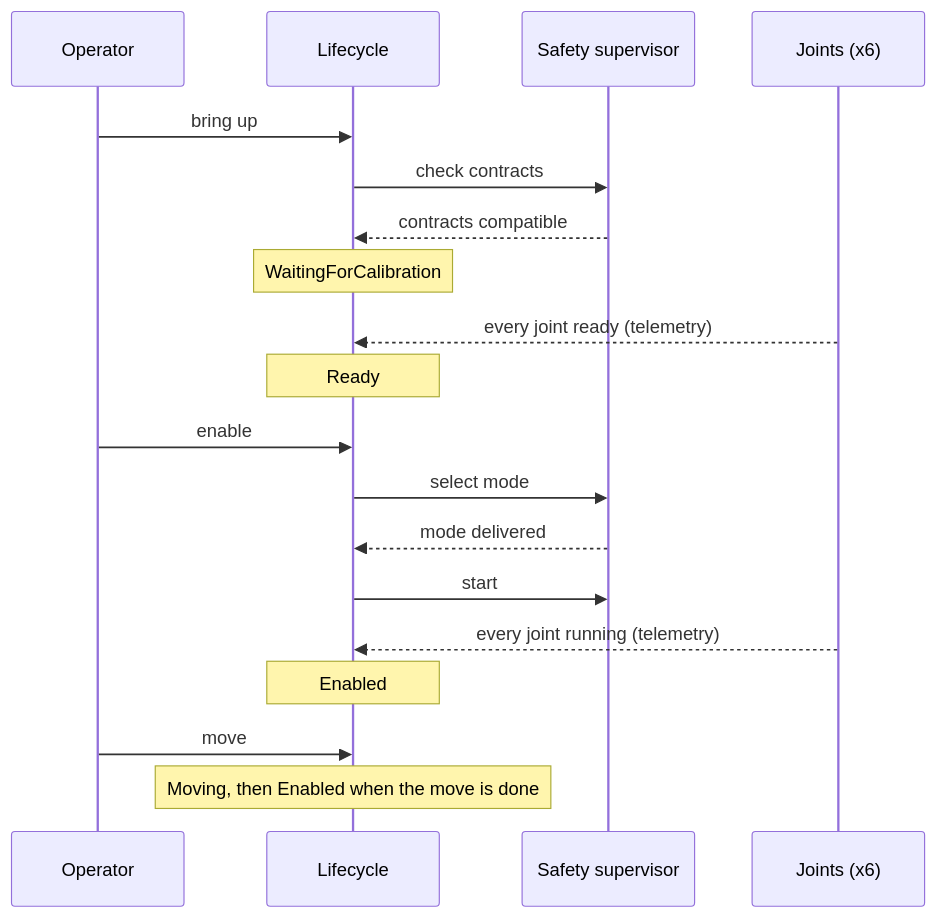
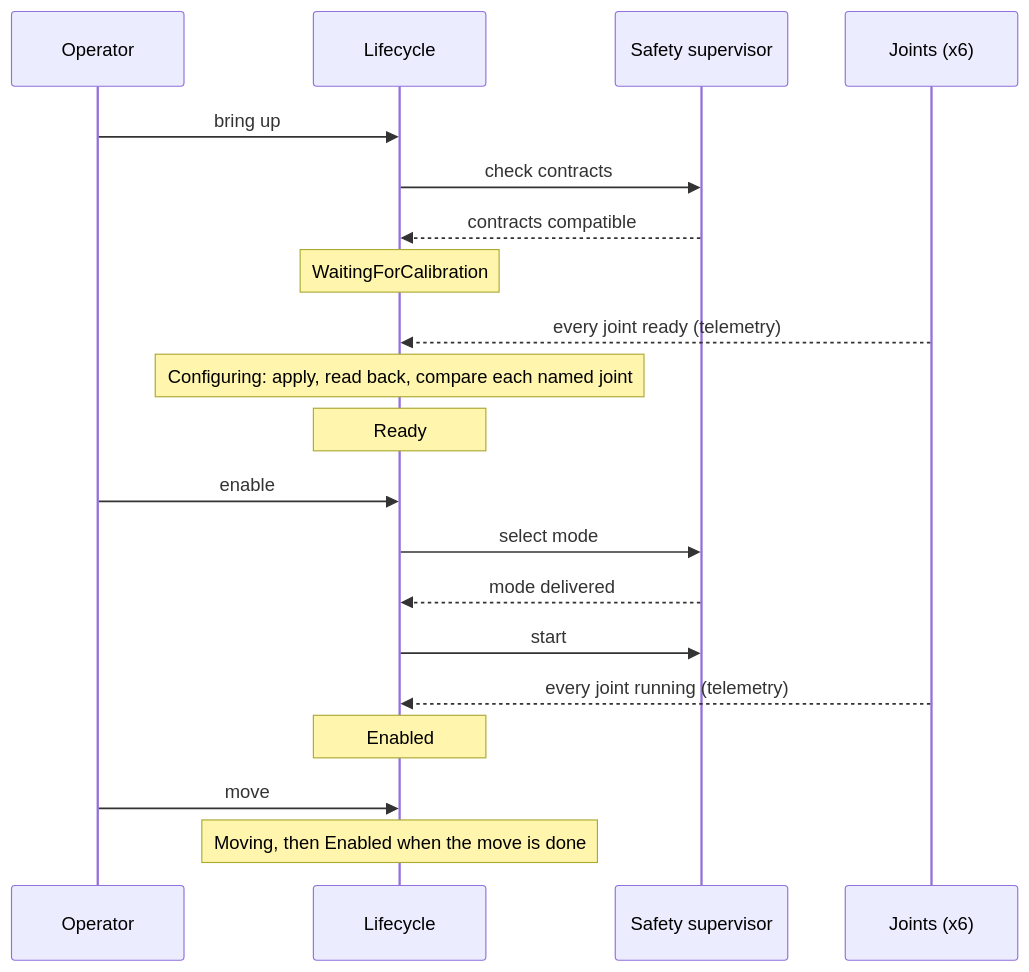
Before and after one commit to embedded-pro/e-robot-arm: the second of 2 diagrams in documentation/design/arm-lifecycle.md, drawn with Mermaid. The commit also changed other lines of this file and 13 other files, not shown here.

````diff
--- a/documentation/design/arm-lifecycle.md
+++ b/documentation/design/arm-lifecycle.md
@@ -163,21 +190,22 @@
 ```mermaid
 sequenceDiagram
     participant O as Operator
     participant L as Lifecycle
     participant S as Safety supervisor
     participant J as Joints (x6)
     O->>L: bring up
     L->>S: check contracts
     S-->>L: contracts compatible
     Note over L: WaitingForCalibration
     J-->>L: every joint ready (telemetry)
+    Note over L: Configuring: apply, read back, compare each named joint
     Note over L: Ready
     O->>L: enable
     L->>S: select mode
     S-->>L: mode delivered
     L->>S: start
     J-->>L: every joint running (telemetry)
     Note over L: Enabled
     O->>L: move
     Note over L: Moving, then Enabled when the move is done
 ```
````
